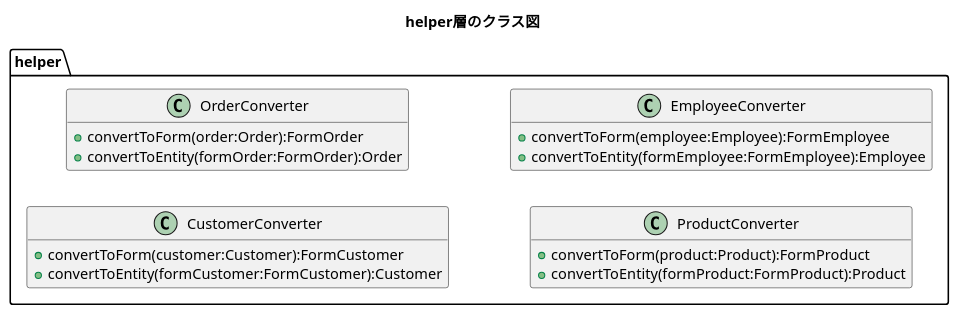
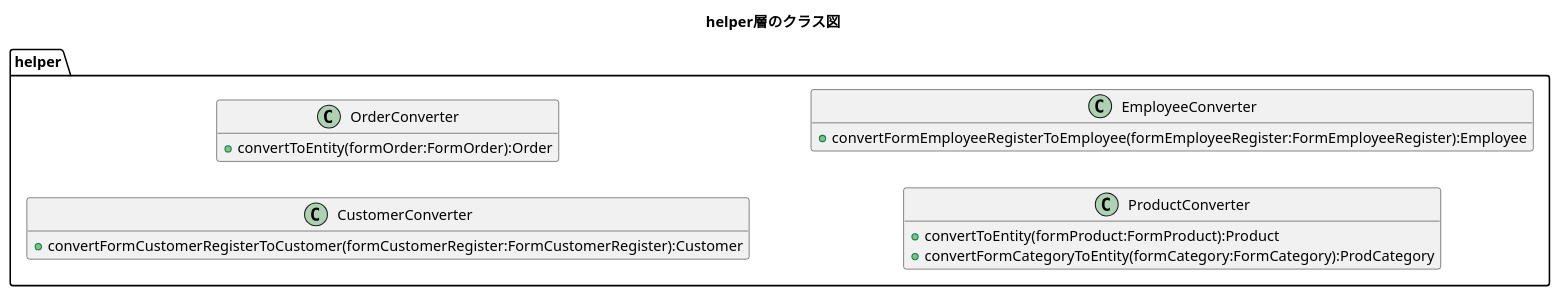
The diagram in plan/uml/class/helper.plantuml (kanavii3333/ec-b), drawn with PlantUML before and after one commit. The commit also changed 6 other files, not shown here.

Commit message:
シーケンス図修正　helper form関連

```diff
--- a/plan/uml/class/helper.plantuml
+++ b/plan/uml/class/helper.plantuml
@@ -1,27 +1,24 @@
 @startuml
 title helper層のクラス図
 hide empty members
 left to right direction
 
 package helper{
     class CustomerConverter{
-        +convertToForm(customer:Customer):FormCustomer
-        +convertToEntity(formCustomer:FormCustomer):Customer
+        +convertFormCustomerRegisterToCustomer(formCustomerRegister:FormCustomerRegister):Customer
     }
 
     class OrderConverter{
-        +convertToForm(order:Order):FormOrder
         +convertToEntity(formOrder:FormOrder):Order
     }
 
     class ProductConverter{
-        +convertToForm(product:Product):FormProduct
         +convertToEntity(formProduct:FormProduct):Product
+        +convertFormCategoryToEntity(formCategory:FormCategory):ProdCategory
     }
 
     class EmployeeConverter{
-        +convertToForm(employee:Employee):FormEmployee
-        +convertToEntity(formEmployee:FormEmployee):Employee
+        +convertFormEmployeeRegisterToEmployee(formEmployeeRegister:FormEmployeeRegister):Employee
     }
 }
 @enduml
```
